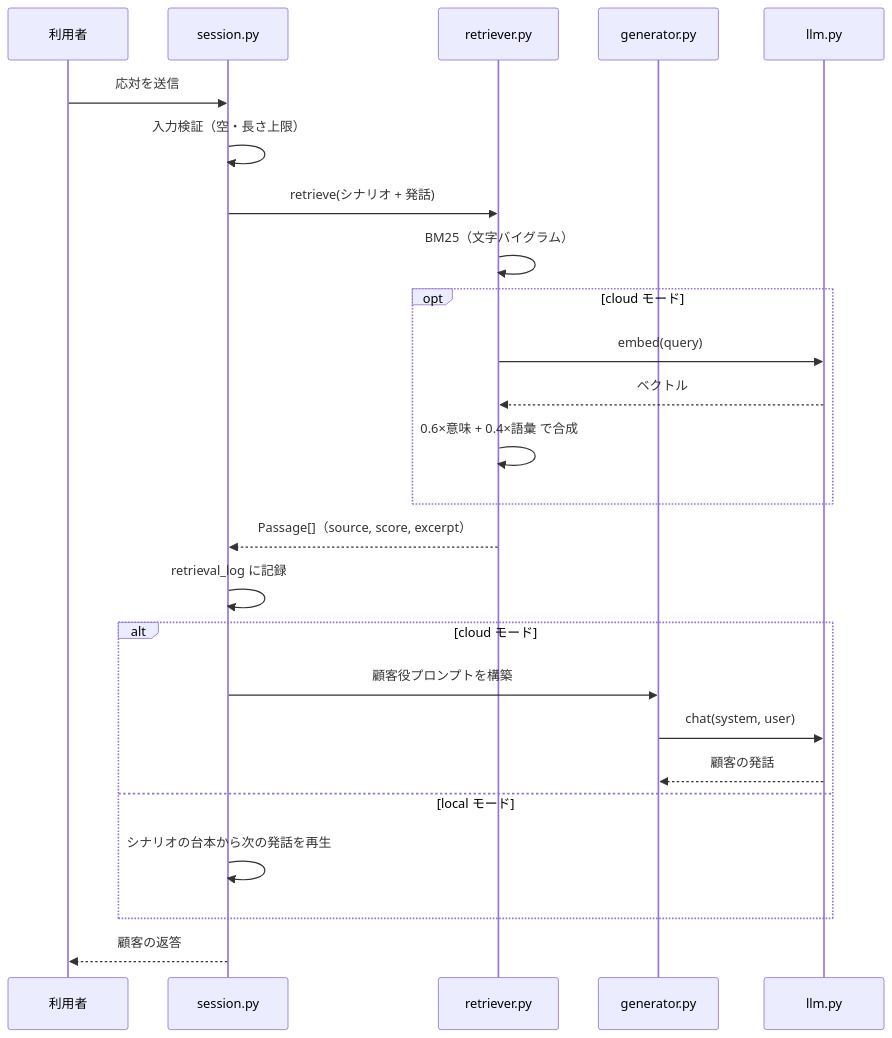
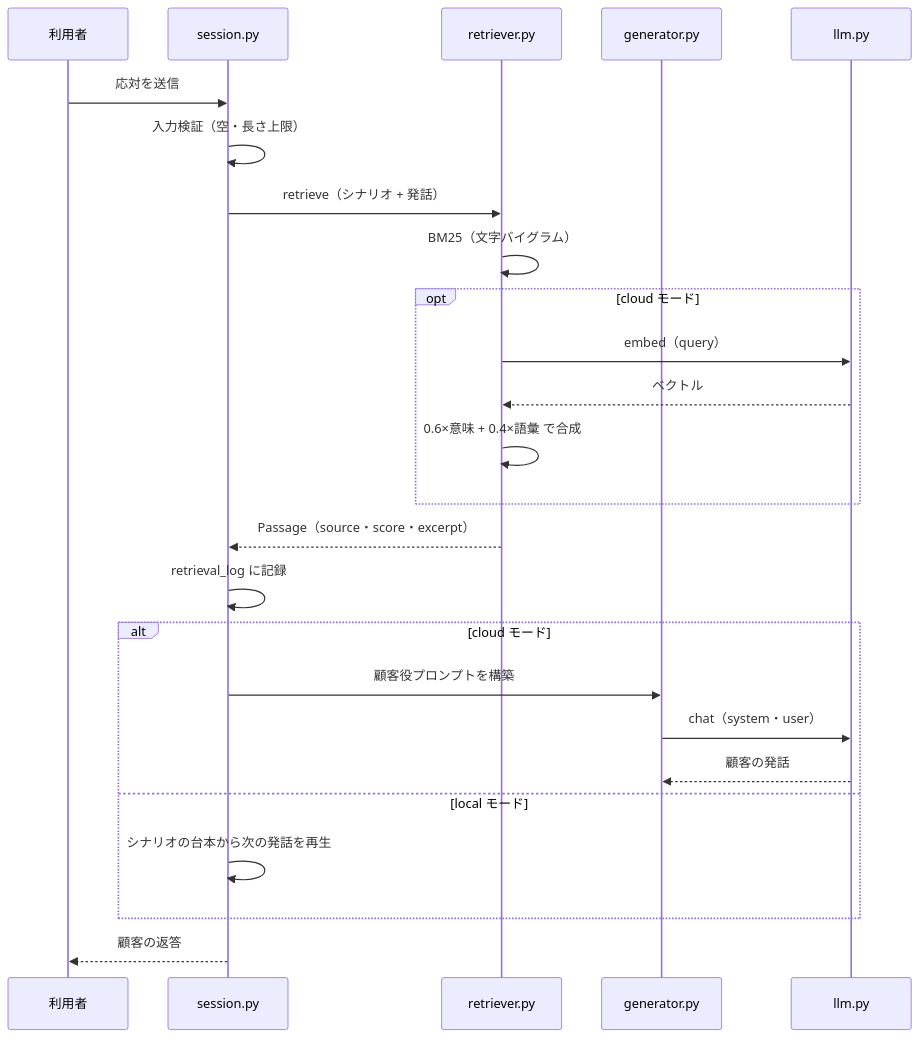
The second of 2 diagrams in README.md (shotafujii0925-sys/rag_ai), drawn with Mermaid before and after one commit. The commit also changed other lines of this file, not shown here.

First line of the commit message:
Fix the Mermaid diagrams so GitHub can render them

````diff
--- a/README.md
+++ b/README.md
@@ -96,28 +96,28 @@
 ```mermaid
 sequenceDiagram
     participant U as 利用者
     participant S as session.py
     participant R as retriever.py
     participant G as generator.py
     participant L as llm.py
 
     U->>S: 応対を送信
     S->>S: 入力検証（空・長さ上限）
-    S->>R: retrieve(シナリオ + 発話)
+    S->>R: retrieve（シナリオ + 発話）
     R->>R: BM25（文字バイグラム）
     opt cloud モード
-        R->>L: embed(query)
+        R->>L: embed（query）
         L-->>R: ベクトル
         R->>R: 0.6×意味 + 0.4×語彙 で合成
     end
-    R-->>S: Passage[]（source, score, excerpt）
+    R-->>S: Passage（source・score・excerpt）
     S->>S: retrieval_log に記録
     alt cloud モード
         S->>G: 顧客役プロンプトを構築
-        G->>L: chat(system, user)
+        G->>L: chat（system・user）
         L-->>G: 顧客の発話
     else local モード
         S->>S: シナリオの台本から次の発話を再生
     end
     S-->>U: 顧客の返答
 ```
````
